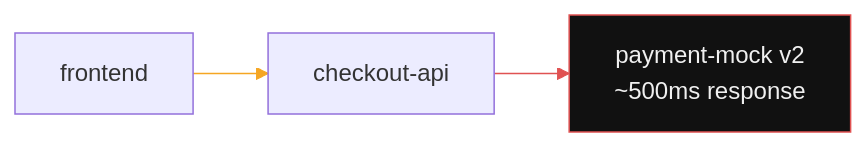
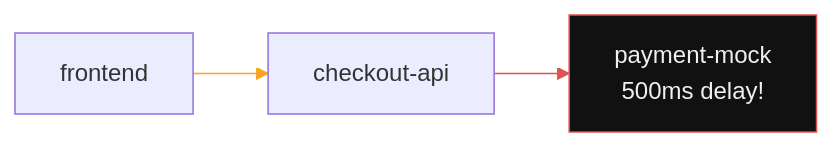
The second of 3 diagrams in workshops/partner-intro/workshop/content/10-incident-scenario.md (icediceice/Nutanix-NKP-Workshop), drawn with Mermaid before and after one commit. The commit also changed other lines of this file and 7 other files, not shown here.

````diff
--- a/workshops/partner-intro/workshop/content/10-incident-scenario.md
+++ b/workshops/partner-intro/workshop/content/10-incident-scenario.md
@@ -26,8 +46,8 @@
 ```mermaid
 graph LR
     FE["frontend"] --> CO["checkout-api"]
-    CO --> PAY["payment-mock v2<br/>~500ms response"]
+    CO --> PAY["payment-mock<br/>500ms delay!"]
     linkStyle 0 stroke:#F5A623
     linkStyle 1 stroke:#E05252
     style PAY fill:#111,stroke:#E05252,color:#F0F0F0
 ```
````
